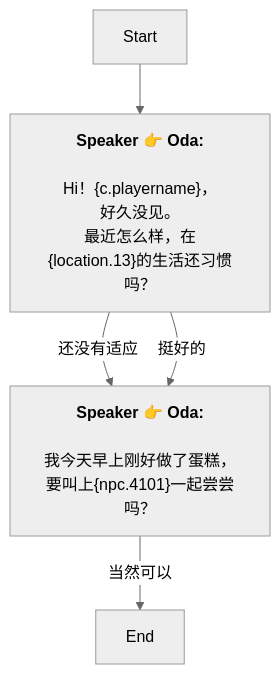
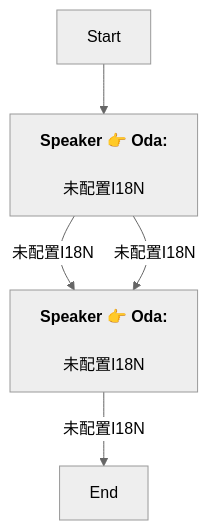
Before and after one commit to SoftHu/tos_avg: the diagram in Zh/QuestStartTalkENode_1754297752607235.md, drawn with Mermaid (neutral theme). The commit also changed 730 other files, not shown here.

````diff
--- a/Zh/QuestStartTalkENode_1754297752607235.md
+++ b/Zh/QuestStartTalkENode_1754297752607235.md
@@ -1,15 +1,11 @@
 ```mermaid
 graph
 Start -->1754297898306054[<b>Speaker 👉 Oda:</b>
-\nHi！&lbrace;c.playername&rbrace;，
-好久没见。
-最近怎么样，在&lbrace;location.13&rbrace;的生活还习惯吗？]
-1754297898306054 -->|还没有适应|1754298284307980[<b>Speaker 👉 Oda:</b>
-\n我今天早上刚好做了蛋糕，
-要叫上&lbrace;npc.4101&rbrace;一起尝尝吗？]
-1754297898306054 -->|挺好的|1754298284307980[<b>Speaker 👉 Oda:</b>
-\n我今天早上刚好做了蛋糕，
-要叫上&lbrace;npc.4101&rbrace;一起尝尝吗？]
-1754298284307980 -->|当然可以|1754298319793680[End]
+\n未配置I18N]
+1754297898306054 -->|未配置I18N|1754298284307980[<b>Speaker 👉 Oda:</b>
+\n未配置I18N]
+1754297898306054 -->|未配置I18N|1754298284307980[<b>Speaker 👉 Oda:</b>
+\n未配置I18N]
+1754298284307980 -->|未配置I18N|1754298319793680[End]
 
 ```
````
